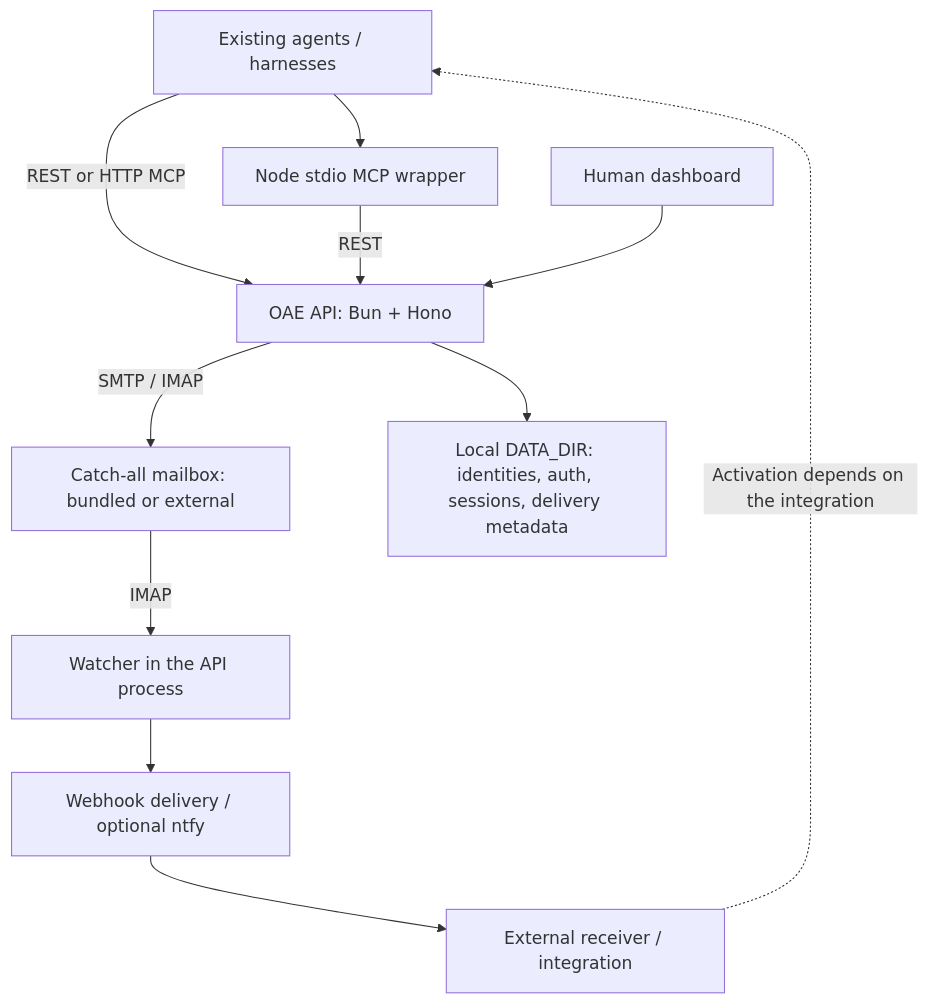
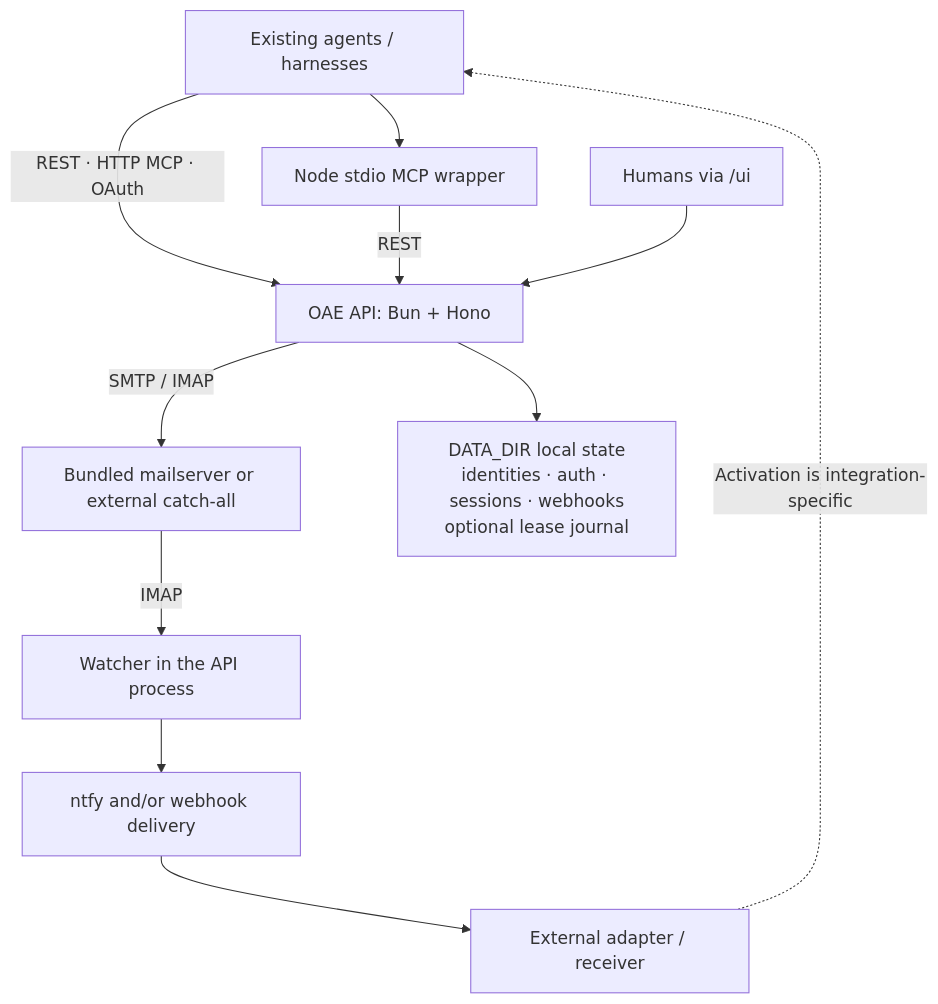
The second of 2 diagrams in README.md (openagentemail/openagentemail), drawn with Mermaid before and after one commit. The commit also changed other lines of this file and 10 other files, not shown here.

````diff
--- a/README.md
+++ b/README.md
@@ -304,13 +313,13 @@
 ```mermaid
 flowchart TB
-    Agents["Existing agents / harnesses"] -->|"REST or HTTP MCP"| API["OAE API: Bun + Hono"]
+    Agents["Existing agents / harnesses"] -->|"REST · HTTP MCP · OAuth"| API["OAE API: Bun + Hono"]
     Agents --> Stdio["Node stdio MCP wrapper"]
     Stdio -->|"REST"| API
-    Human["Human dashboard"] --> API
-    API -->|"SMTP / IMAP"| Mail["Catch-all mailbox: bundled or external"]
-    API --> State["Local DATA_DIR: identities, auth, sessions, delivery metadata"]
+    Human["Humans via /ui"] --> API
+    API -->|"SMTP / IMAP"| Mail["Bundled mailserver or external catch-all"]
+    API --> State["DATA_DIR local state<br/>identities · auth · sessions · webhooks<br/>optional lease journal"]
     Mail -->|"IMAP"| Watcher["Watcher in the API process"]
-    Watcher --> Delivery["Webhook delivery / optional ntfy"]
-    Delivery --> Adapter["External receiver / integration"]
-    Adapter -. "Activation depends on the integration" .-> Agents
+    Watcher --> Delivery["ntfy and/or webhook delivery"]
+    Delivery --> Adapter["External adapter / receiver"]
+    Adapter -. "Activation is integration-specific" .-> Agents
 ```
````
